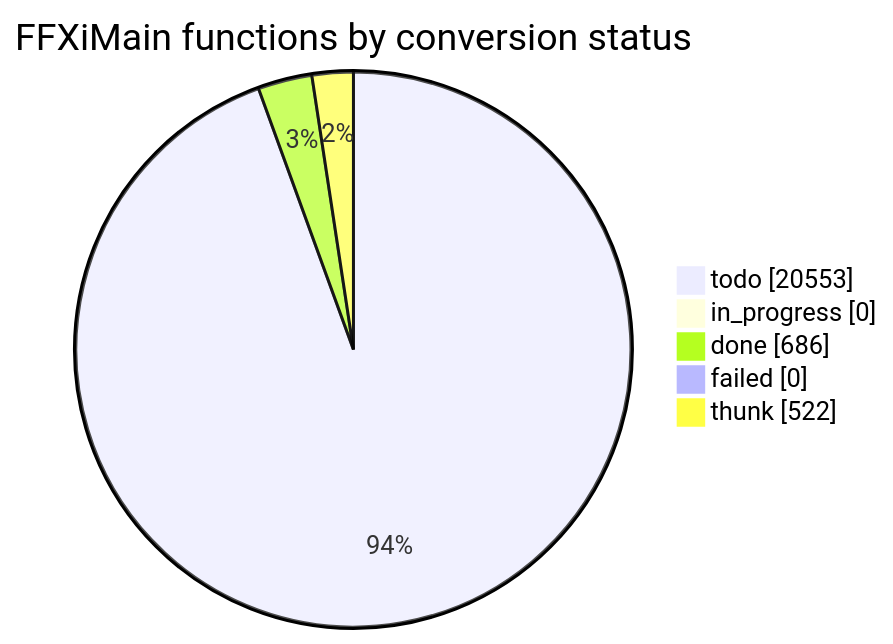
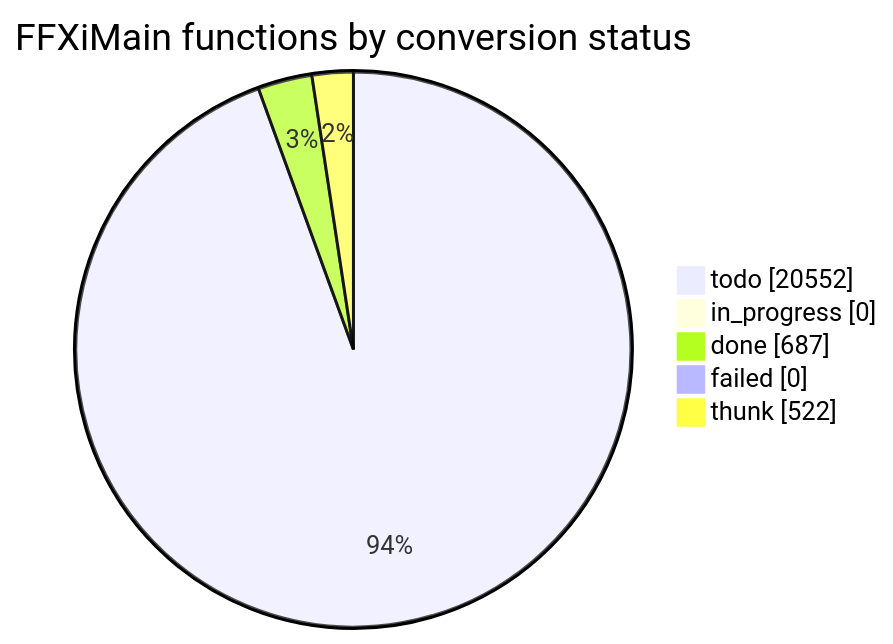
One commit to cowrevenge/cow_kuluu_xi_anything changed the diagram in docs/cow/STATUS.md. Above: the diagram before and after it, drawn with Mermaid. The commit also changed other lines of this file and 9 other files, not shown here.

````diff
--- a/docs/cow/STATUS.md
+++ b/docs/cow/STATUS.md
@@ -18,9 +18,9 @@
 ```mermaid
 pie showData
     title FFXiMain functions by conversion status
-    "todo" : 20553
+    "todo" : 20552
     "in_progress" : 0
-    "done" : 686
+    "done" : 687
     "failed" : 0
     "thunk" : 522
 ```
````
